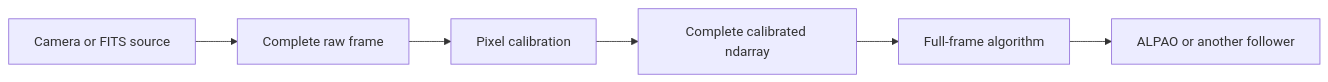
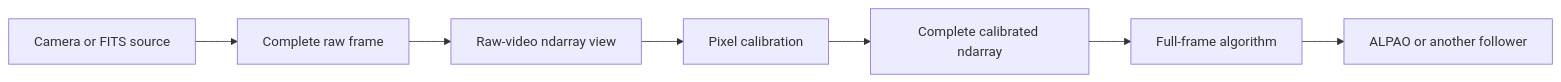
Before and after one commit to DarrylGamroth/pipewireao-spa-plugin-fits: the first of 3 diagrams in docs/scheduled-node-migration.md, drawn with Mermaid. The commit also changed other lines of this file and 51 other files, not shown here.

````diff
--- a/docs/scheduled-node-migration.md
+++ b/docs/scheduled-node-migration.md
@@ -42,11 +43,12 @@
 ```mermaid
 flowchart LR
     Camera["Camera or FITS source"]
     Raw["Complete raw frame"]
+    View["Raw-video ndarray view"]
     Calibration["Pixel calibration"]
     Frame["Complete calibrated ndarray"]
     Algorithm["Full-frame algorithm"]
     Sink["ALPAO or another follower"]
 
-    Camera --> Raw --> Calibration --> Frame --> Algorithm --> Sink
+    Camera --> Raw --> View --> Calibration --> Frame --> Algorithm --> Sink
 ```
````
